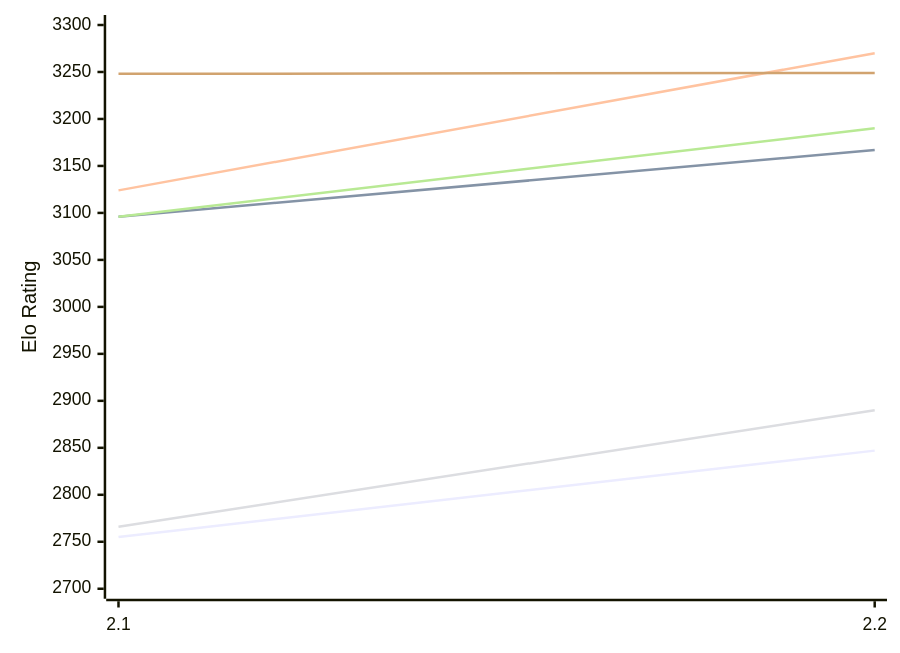
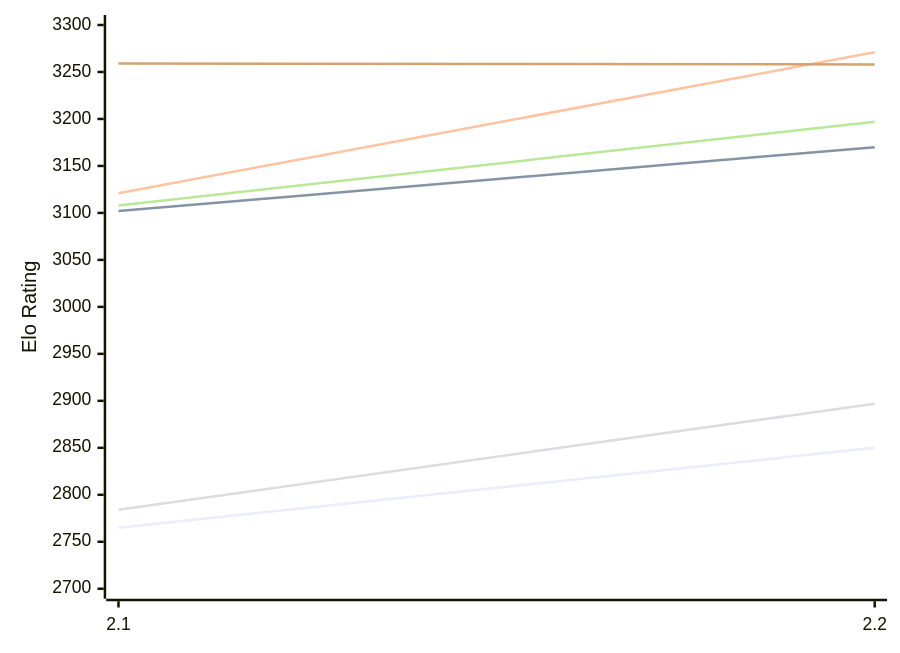
One commit to computer-chess-index/cci changed the first of 2 diagrams in engines/Tunguska.md. Above: the diagram before and after it, drawn with Mermaid. The commit also changed other lines of this file, not shown here.

Commit message:
Update CCI Ratings (ELO VLTC) - 2026-11-25

````diff
--- a/engines/Tunguska.md
+++ b/engines/Tunguska.md
@@ -51,12 +51,12 @@
 ```mermaid
 %%{init: {"theme":"base","themeVariables":{"seriesColors:['#a3a3a3','#222221','#faa371']}}}%%
 xychart-beta
   x-axis ["2.1", "2.2"]
   y-axis "Elo Rating" 2700 --> 3300
-  line "E1: STC (8.0+0.08s)" [2755, 2847]
-  line "E1: LTC (60.0+0.60s)" [3096, 3167]
-  line "E1: VLTC (2m24s+1.12s)" [3124, 3270]
-  line "P1: STC (8.0+0.08s)" [2766, 2890]
-  line "P1: LTC (60.0+0.60s)" [3096, 3190]
-  line "P1: VLTC (2m24s+1.12s)" [3248, 3249]
+  line "E1: STC (8.0+0.08s)" [2765, 2850]
+  line "E1: LTC (60.0+0.60s)" [3102, 3170]
+  line "E1: VLTC (2m24s+1.12s)" [3121, 3271]
+  line "P1: STC (8.0+0.08s)" [2784, 2897]
+  line "P1: LTC (60.0+0.60s)" [3108, 3197]
+  line "P1: VLTC (2m24s+1.12s)" [3259, 3258]
 ```
````
